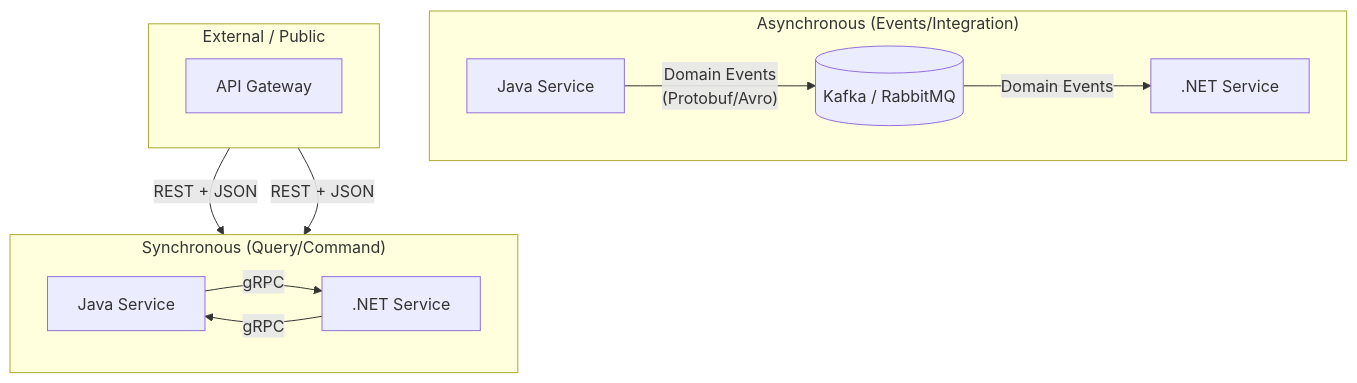
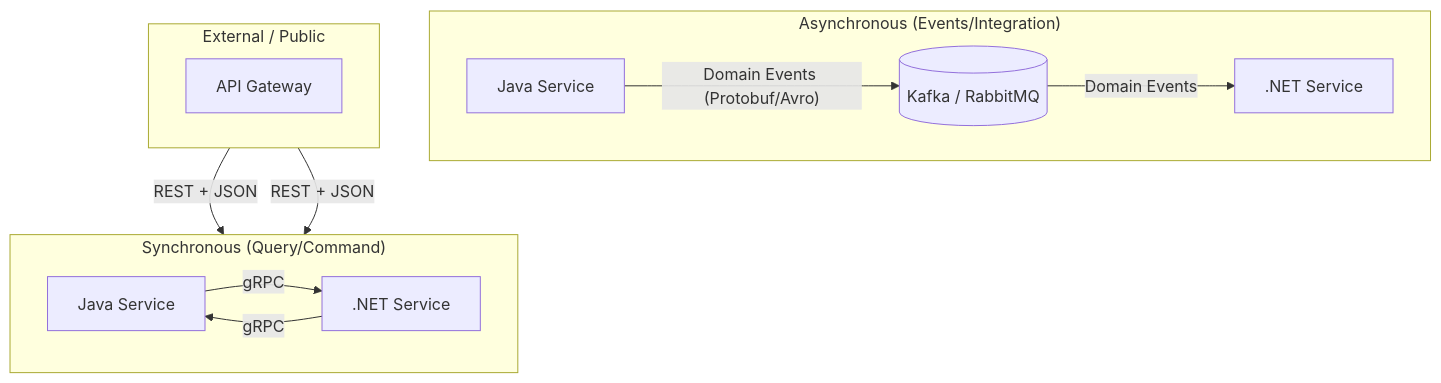
The fourth of 4 diagrams in software_architecture/02_java_net_microservices_talk.md (vladiant/vladiant), drawn with Mermaid before and after one commit. The commit also changed 2 other files, not shown here.

Commit message:
Fix mermaid renderings

````diff
--- a/software_architecture/02_java_net_microservices_talk.md
+++ b/software_architecture/02_java_net_microservices_talk.md
@@ -94,20 +94,20 @@
 ```mermaid
 graph TB
     subgraph "Synchronous (Query/Command)"
         direction LR
         J1[Java Service] -- "gRPC" --> N1[.NET Service]
         N1 -- "gRPC" --> J1
     end
 
     subgraph "Asynchronous (Events/Integration)"
         direction LR
-        J2[Java Service] -- "Domain Events<br/>(Protobuf/Avro)" --> K[(Kafka / RabbitMQ)]
+        J2[Java Service] -- "Domain Events (Protobuf/Avro)" --> K[(Kafka / RabbitMQ)]
         K -- "Domain Events" --> N2[.NET Service]
     end
 
     subgraph "External / Public"
         direction LR
         GW[API Gateway] -- "REST + JSON" --> J1
         GW -- "REST + JSON" --> N1
     end
 ```
````
